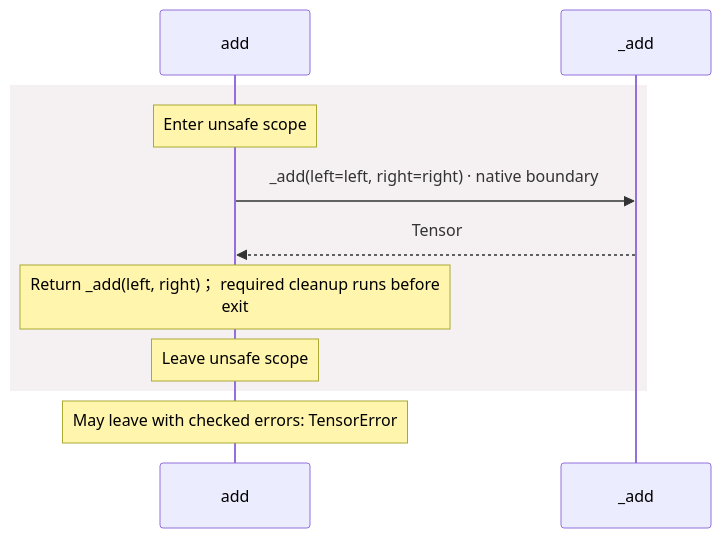
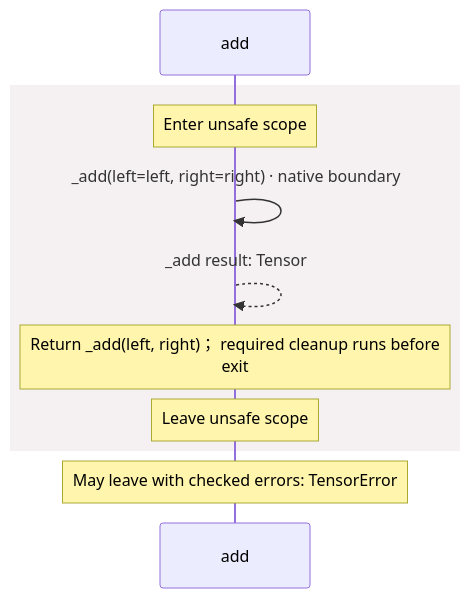
Before and after one commit to GreenPandaStudios/augscript: the third of 7 diagrams in docs/examples/native-pytorch/dependencies/packages/@greenpandastudios/aug-pytorch/0.1.6/api-diagrams.md, drawn with Mermaid. The commit also changed other lines of this file and 304 other files, not shown here.

Commit message:
Make generated data-flow sequences concise and review every diagram

````diff
--- a/docs/examples/native-pytorch/dependencies/packages/@greenpandastudios/aug-pytorch/0.1.6/api-diagrams.md
+++ b/docs/examples/native-pytorch/dependencies/packages/@greenpandastudios/aug-pytorch/0.1.6/api-diagrams.md
@@ -117,13 +92,13 @@
 ```mermaid
 sequenceDiagram
     participant p0 as add
-    participant p1 as _add
+
     rect rgb(245, 240, 241)
     Note over p0: Enter unsafe scope
-    p0->>p1: _add(left=left, right=right) · native boundary
-    p1-->>p0: Tensor
+    p0->>p0: _add(left=left, right=right) · native boundary
+    p0-->>p0: _add result: Tensor
     Note over p0: Return _add(left, right)； required cleanup runs before<br/>exit
     Note over p0: Leave unsafe scope
     end
     Note over p0: May leave with checked errors: TensorError
 ```
````
